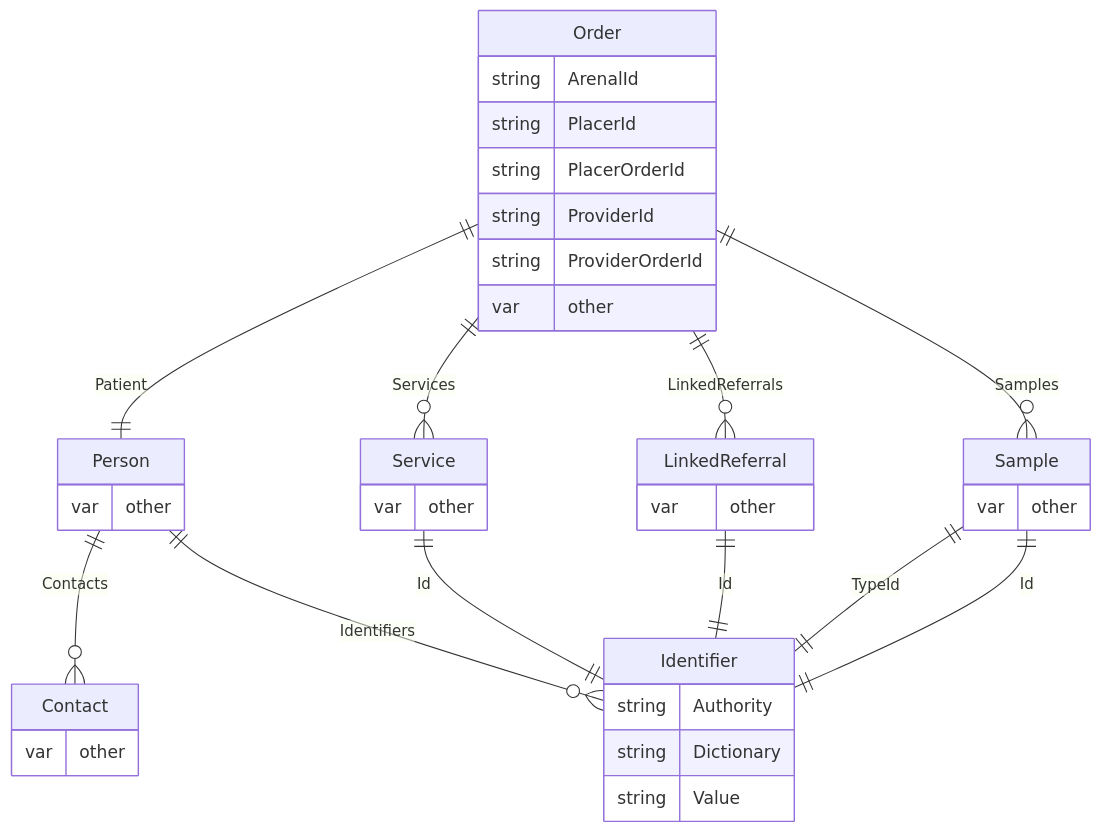
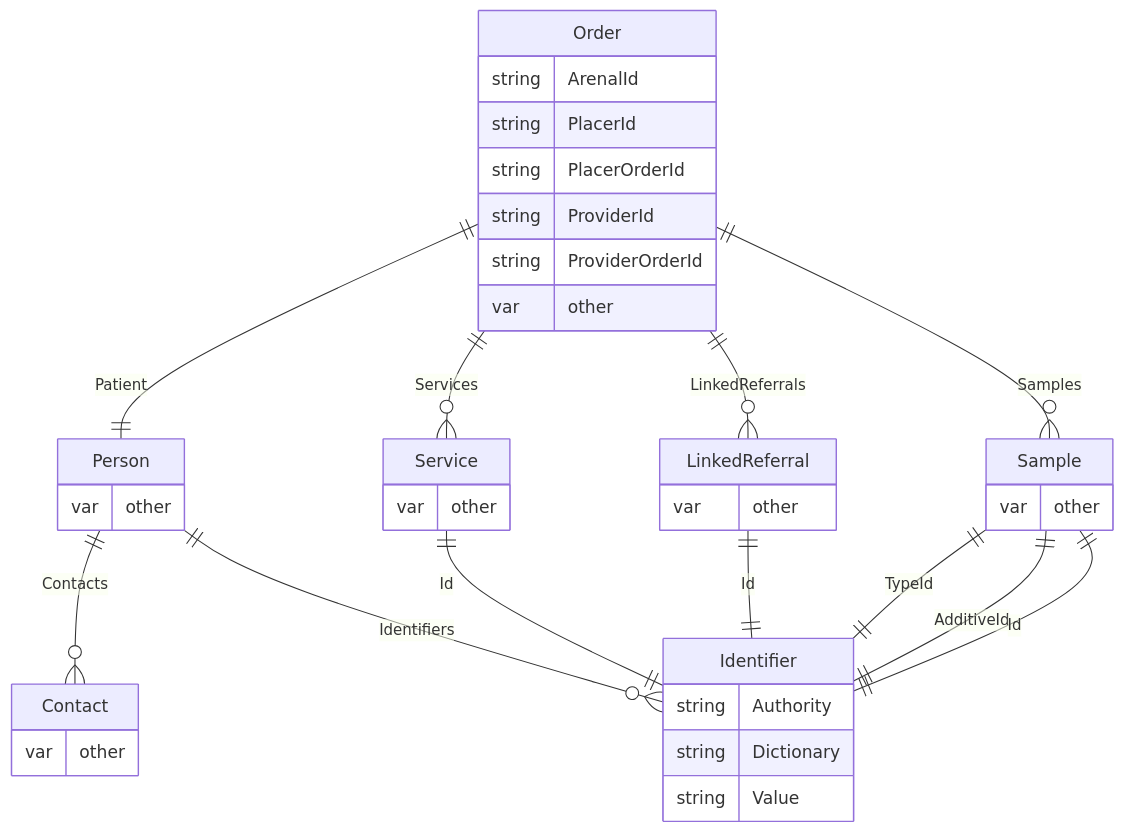
One commit to SKYWARE-Group/ArenalClient changed the diagram in README.md. Above: the diagram before and after it, drawn with Mermaid.

````diff
--- a/README.md
+++ b/README.md
@@ -10,41 +10,42 @@
 ```mermaid
 erDiagram
     Order {
         string ArenalId
         string PlacerId
         string PlacerOrderId
         string ProviderId
         string ProviderOrderId
         var other
     }
     Identifier {
         string Authority
         string Dictionary
         string Value
     }
     Person {
         var other
     }
     Service {
         var other
     }
     LinkedReferral {
         var other
     }
     Sample {
         var other
     }
     Contact {
         var other
     }
     Order ||--|| Person : Patient
     Order ||--o{ Service : Services
     Order ||--o{ LinkedReferral : LinkedReferrals
     Order ||--o{ Sample : Samples
     Service ||--|| Identifier : Id
     Person ||--o{ Contact : Contacts
     Person ||--o{ Identifier : Identifiers
     LinkedReferral ||--|| Identifier : Id
     Sample ||--|| Identifier : TypeId
+    Sample ||--|| Identifier : AdditiveId
     Sample ||--|| Identifier : Id
 ```
````
